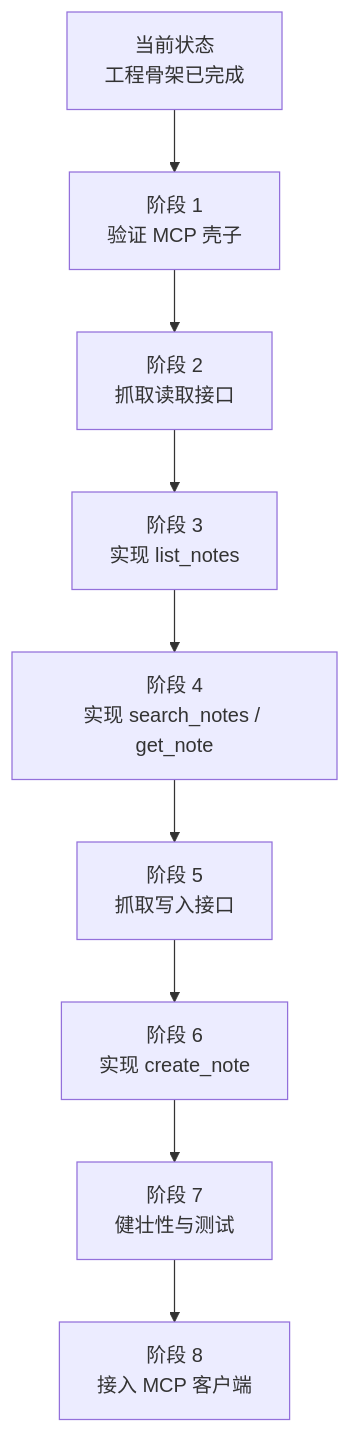
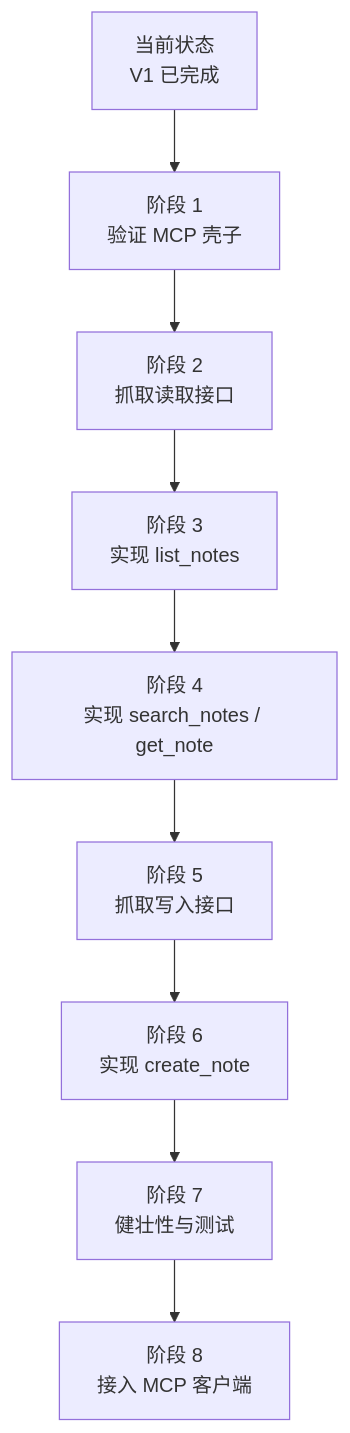
One commit to ExoticSkywing/flomo-web-mcp changed the diagram in docs/assets/development-flow/main-flow.mmd. Above: the diagram before and after it, drawn with Mermaid. The commit also changed 18 other files, not shown here.

```diff
--- a/docs/assets/development-flow/main-flow.mmd
+++ b/docs/assets/development-flow/main-flow.mmd
@@ -1,10 +1,10 @@
 flowchart TD
-    S["当前状态<br/>工程骨架已完成"]
+    S["当前状态<br/>V1 已完成"]
     --> P1["阶段 1<br/>验证 MCP 壳子"]
     P1 --> P2["阶段 2<br/>抓取读取接口"]
     P2 --> P3["阶段 3<br/>实现 list_notes"]
     P3 --> P4["阶段 4<br/>实现 search_notes / get_note"]
     P4 --> P5["阶段 5<br/>抓取写入接口"]
     P5 --> P6["阶段 6<br/>实现 create_note"]
     P6 --> P7["阶段 7<br/>健壮性与测试"]
     P7 --> P8["阶段 8<br/>接入 MCP 客户端"]
```
